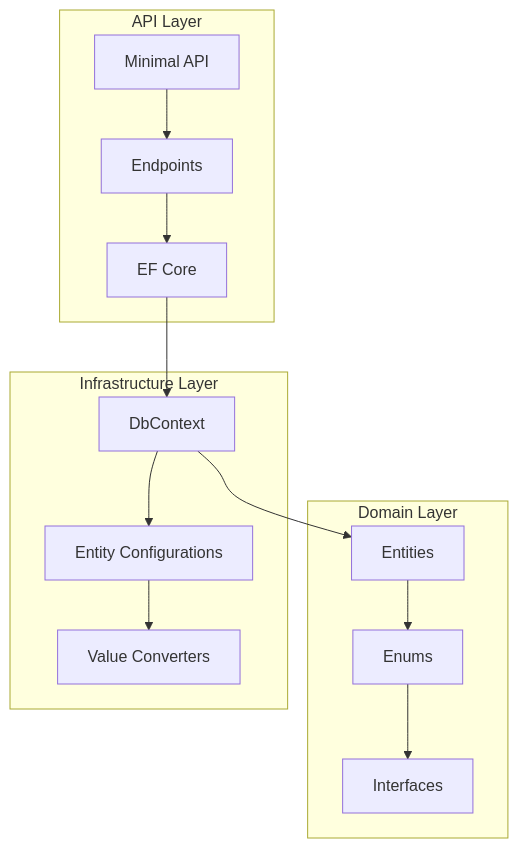
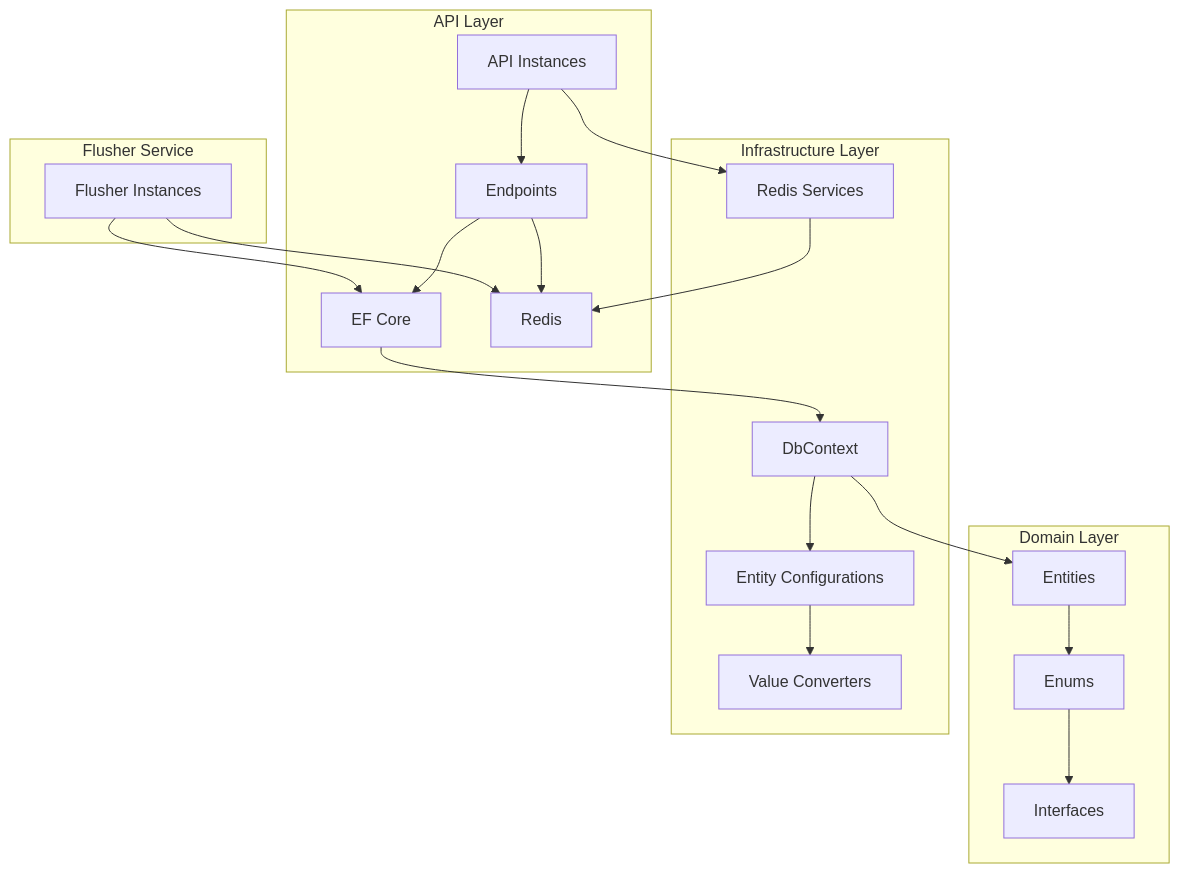
Before and after one commit to hackathon-nstech/database-nsdocs-consumption-module: the first of 6 diagrams in memory-bank/systemPatterns.md, drawn with Mermaid. The commit also changed other lines of this file and 63 other files, not shown here.

````diff
--- a/memory-bank/systemPatterns.md
+++ b/memory-bank/systemPatterns.md
@@ -5,20 +5,28 @@
 ```mermaid
 flowchart TD
     subgraph "API Layer"
-        A1[Minimal API] --> A2[Endpoints]
+        A1[API Instances] --> A2[Endpoints]
         A2 --> A3[EF Core]
+        A2 --> R[Redis]
     end
     
     subgraph "Domain Layer"
         B1[Entities] --> B2[Enums]
         B2 --> B3[Interfaces]
     end
     
     subgraph "Infrastructure Layer"
         C1[DbContext] --> C2[Entity Configurations]
         C2 --> C3[Value Converters]
+        C4[Redis Services] --> R
+    end
+
+    subgraph "Flusher Service"
+        F1[Flusher Instances] --> R
+        F1 --> A3
     end
     
     A3 --> C1
     C1 --> B1
+    A1 --> C4
 ```
````
